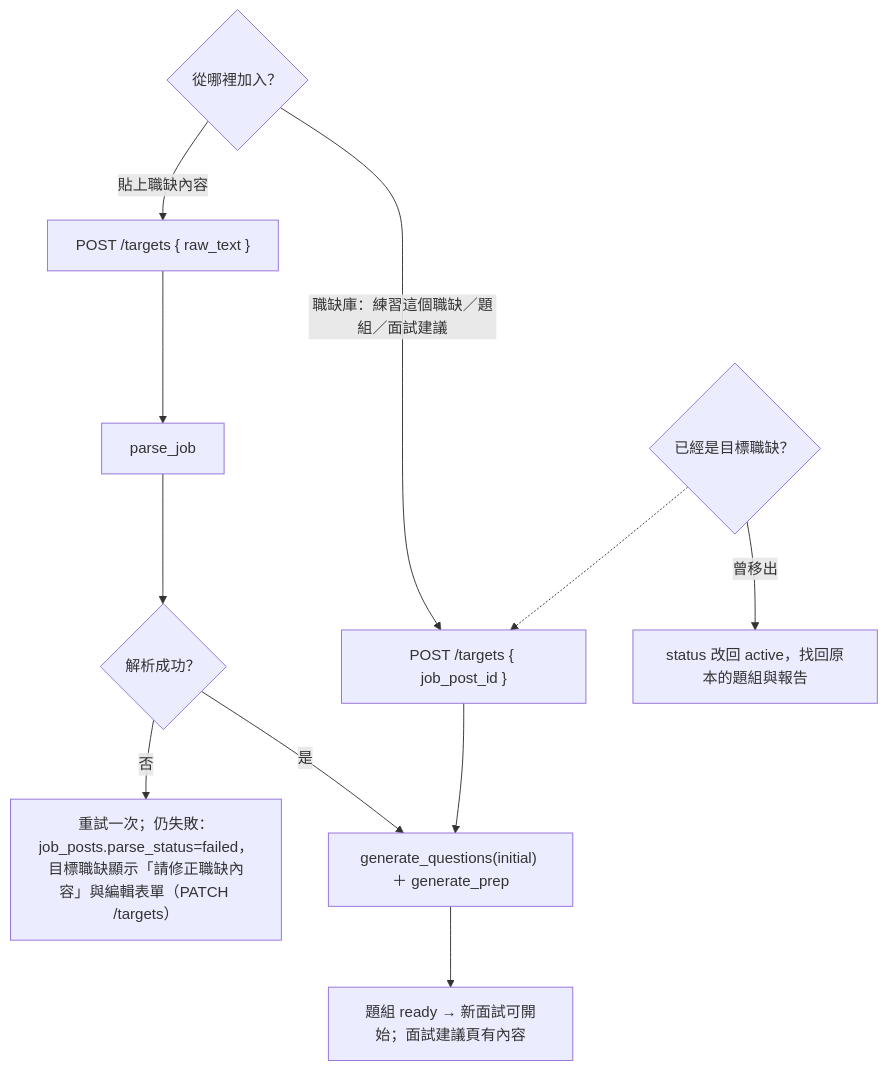
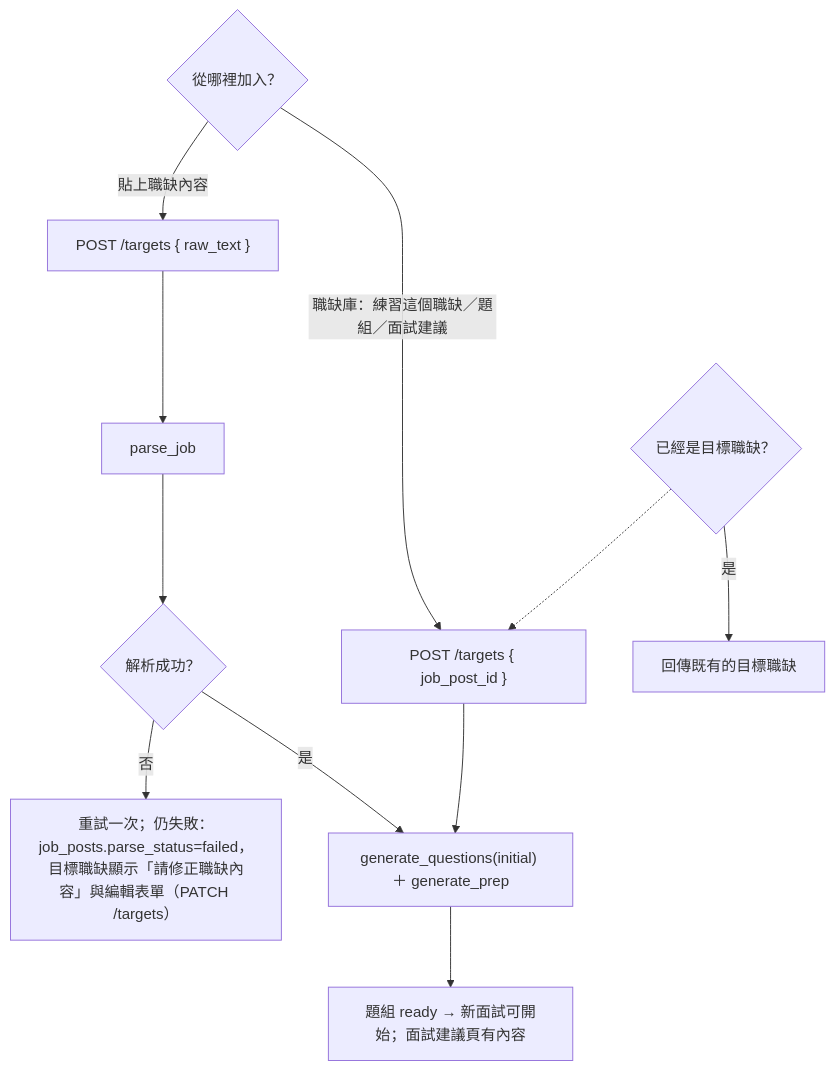
The seventh of 36 diagrams in spec/flows.md (WilliamTsai1227/AI_Interview), drawn with Mermaid before and after one commit. The commit also changed 9 other files, not shown here.

````diff
--- a/spec/flows.md
+++ b/spec/flows.md
@@ -225,13 +225,13 @@
 ```mermaid
 flowchart TD
     A{"從哪裡加入？"} -->|"貼上職缺內容"| B["POST /targets { raw_text }"]
     A -->|"職缺庫：練習這個職缺／題組／面試建議"| C["POST /targets { job_post_id }"]
     B --> D["parse_job"]
     D --> E{"解析成功？"}
     E -- 否 --> E1["重試一次；仍失敗：job_posts.parse_status=failed，目標職缺顯示「請修正職缺內容」與編輯表單（PATCH /targets）"]
     E -- 是 --> F["generate_questions(initial) ＋ generate_prep"]
     C --> F
     F --> G["題組 ready → 新面試可開始；面試建議頁有內容"]
     H{"已經是目標職缺？"} -.-> C
-    H -- 曾移出 --> I["status 改回 active，找回原本的題組與報告"]
+    H -- 是 --> I["回傳既有的目標職缺"]
 ```
````
